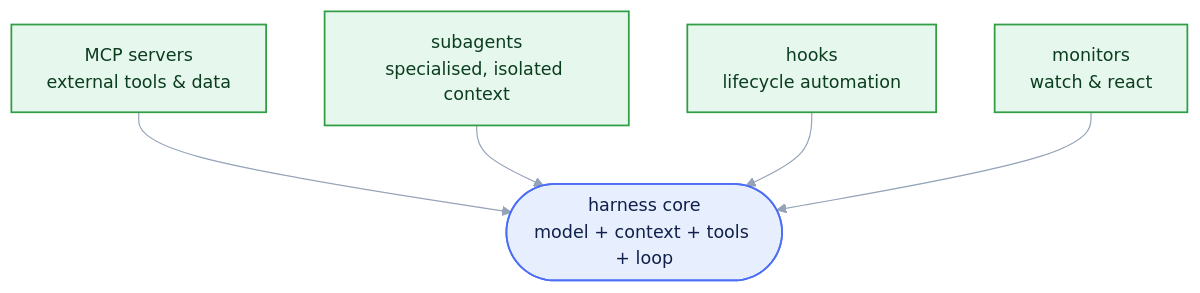
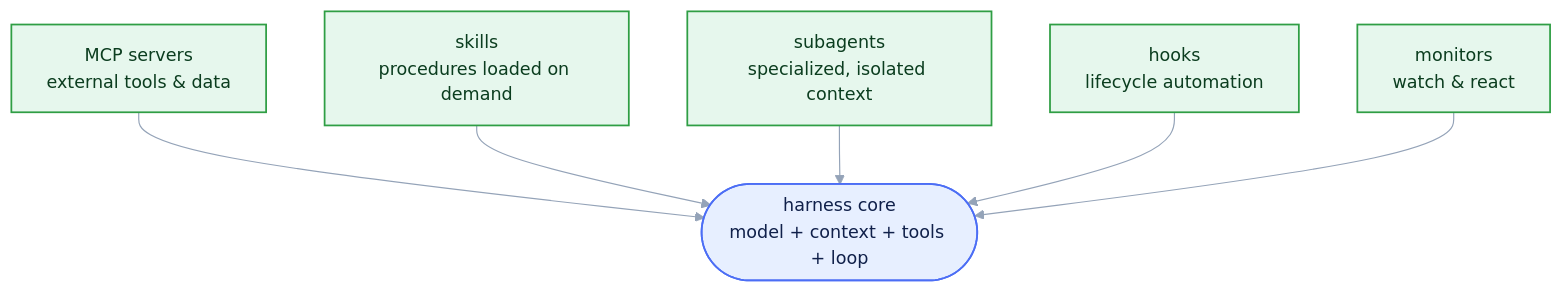
Before and after one commit to aprozo/tutorial-mcp: the second of 4 diagrams in 01-why-genai-for-physics.md, drawn with Mermaid. The commit also changed other lines of this file and 15 other files, not shown here.

````diff
--- a/01-why-genai-for-physics.md
+++ b/01-why-genai-for-physics.md
@@ -148,13 +132,14 @@
 ```mermaid
 %%{init: {'theme':'base', 'themeVariables': {'fontSize':'15px','lineColor':'#94a3b8','edgeLabelBackground':'#e2e8f0','clusterBkg':'#1f293720','clusterBorder':'#94a3b8','titleColor':'#94a3b8'}}}%%
 flowchart TB
     accTitle: {AI agent harness}
     accDescr: {AI agent harness}
     MCP["MCP servers<br/>external tools & data"]:::tool --> H
-    SUB["subagents<br/>specialised, isolated context"]:::tool --> H
+    SK["skills<br/>procedures loaded on demand"]:::tool --> H
+    SUB["subagents<br/>specialized, isolated context"]:::tool --> H
     HOOKS["hooks<br/>lifecycle automation"]:::tool --> H
     MON["monitors<br/>watch & react"]:::tool --> H
     H(["harness core<br/>model + context + tools + loop"]):::core
     classDef core fill:#e7efff,stroke:#4c6ef5,stroke-width:1.5px,color:#10204a;
     classDef tool fill:#e6f7ed,stroke:#2f9e44,stroke-width:1.5px,color:#0b3d1f;
 ```
````
